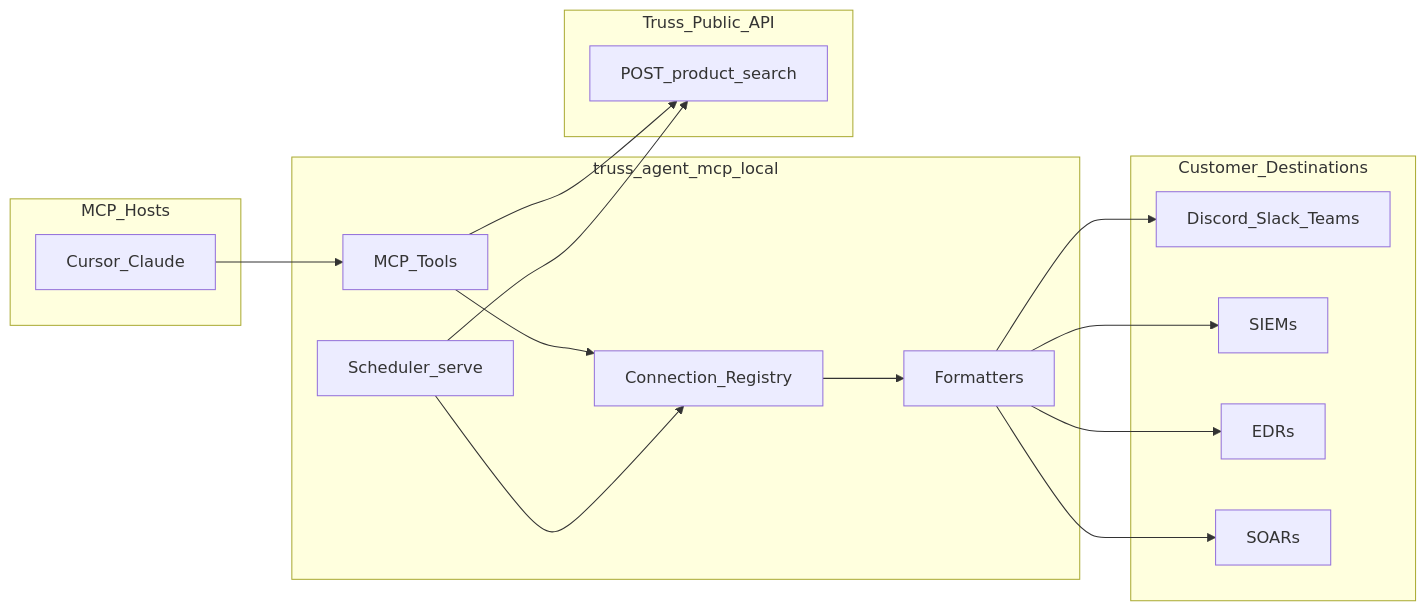
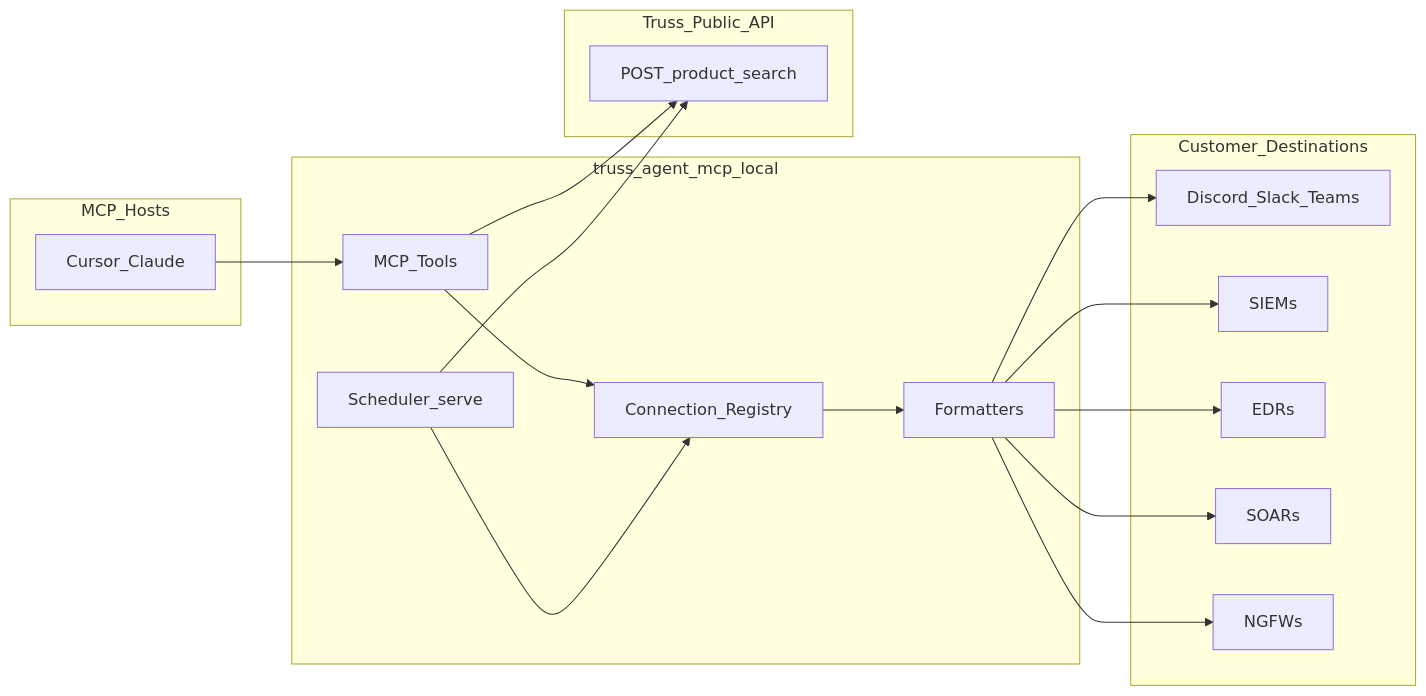
One commit to truss-security/truss-agent-mcp changed the first of 3 diagrams in docs/07-unified-agent-delivery-architecture.md. Above: the diagram before and after it, drawn with Mermaid. The commit also changed other lines of this file and 1 other file, not shown here.

````diff
--- a/docs/07-unified-agent-delivery-architecture.md
+++ b/docs/07-unified-agent-delivery-architecture.md
@@ -56,31 +56,33 @@
 ```mermaid
 flowchart LR
   subgraph hosts [MCP_Hosts]
     Cursor[Cursor_Claude]
   end
   subgraph local [truss_agent_mcp_local]
     Tools[MCP_Tools]
     Sched[Scheduler_serve]
     Conn[Connection_Registry]
     Fmt[Formatters]
   end
   subgraph truss [Truss_Public_API]
     Search["POST_product_search"]
   end
   subgraph dest [Customer_Destinations]
     Chat[Discord_Slack_Teams]
     SIEM[SIEMs]
     EDR[EDRs]
     SOAR[SOARs]
+    NGFW[NGFWs]
   end
   Cursor --> Tools
   Tools --> Search
   Tools --> Conn
   Sched --> Search
   Sched --> Conn
   Conn --> Fmt
   Fmt --> Chat
   Fmt --> SIEM
   Fmt --> EDR
   Fmt --> SOAR
+  Fmt --> NGFW
 ```
````
